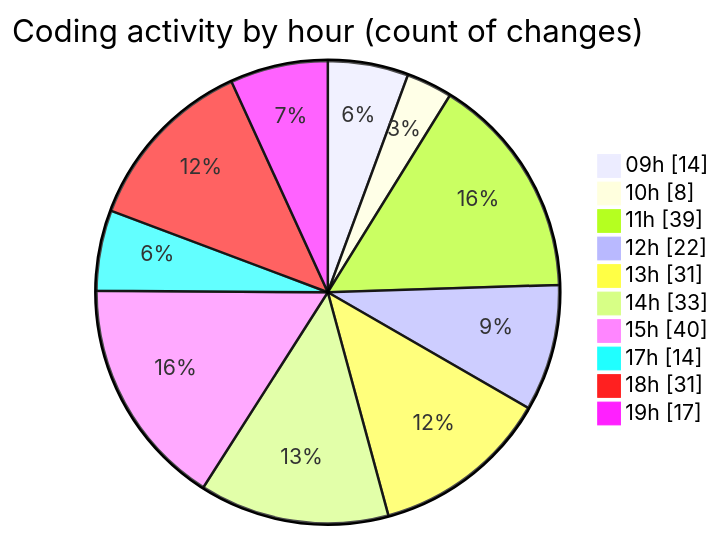
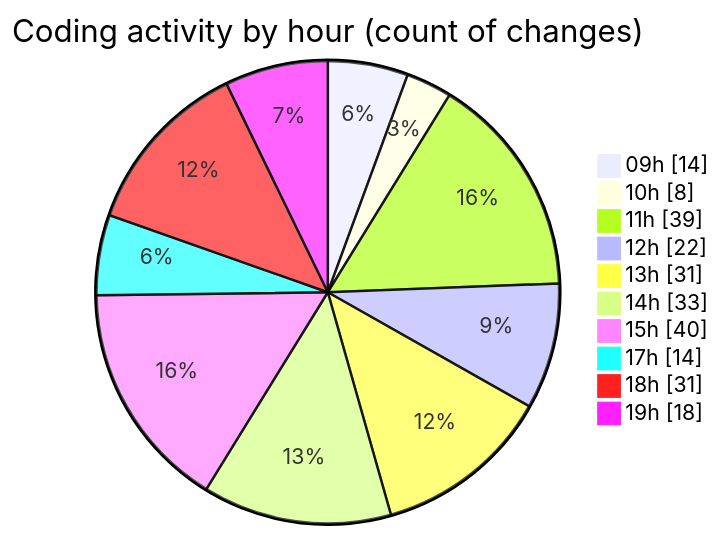
Before and after one commit to momahboobian/code-tracking: the second of 2 diagrams in 2025-02-07/cda/README.md, drawn with Mermaid. The commit also changed other lines of this file and 1 other file, not shown here.

````diff
--- a/2025-02-07/cda/README.md
+++ b/2025-02-07/cda/README.md
@@ -70,14 +70,14 @@
 ```mermaid
 pie showData
 title Coding activity by hour (count of changes)
 "09h" : 14
 "10h" : 8
 "11h" : 39
 "12h" : 22
 "13h" : 31
 "14h" : 33
 "15h" : 40
 "17h" : 14
 "18h" : 31
-"19h" : 17
+"19h" : 18
 ```
````
